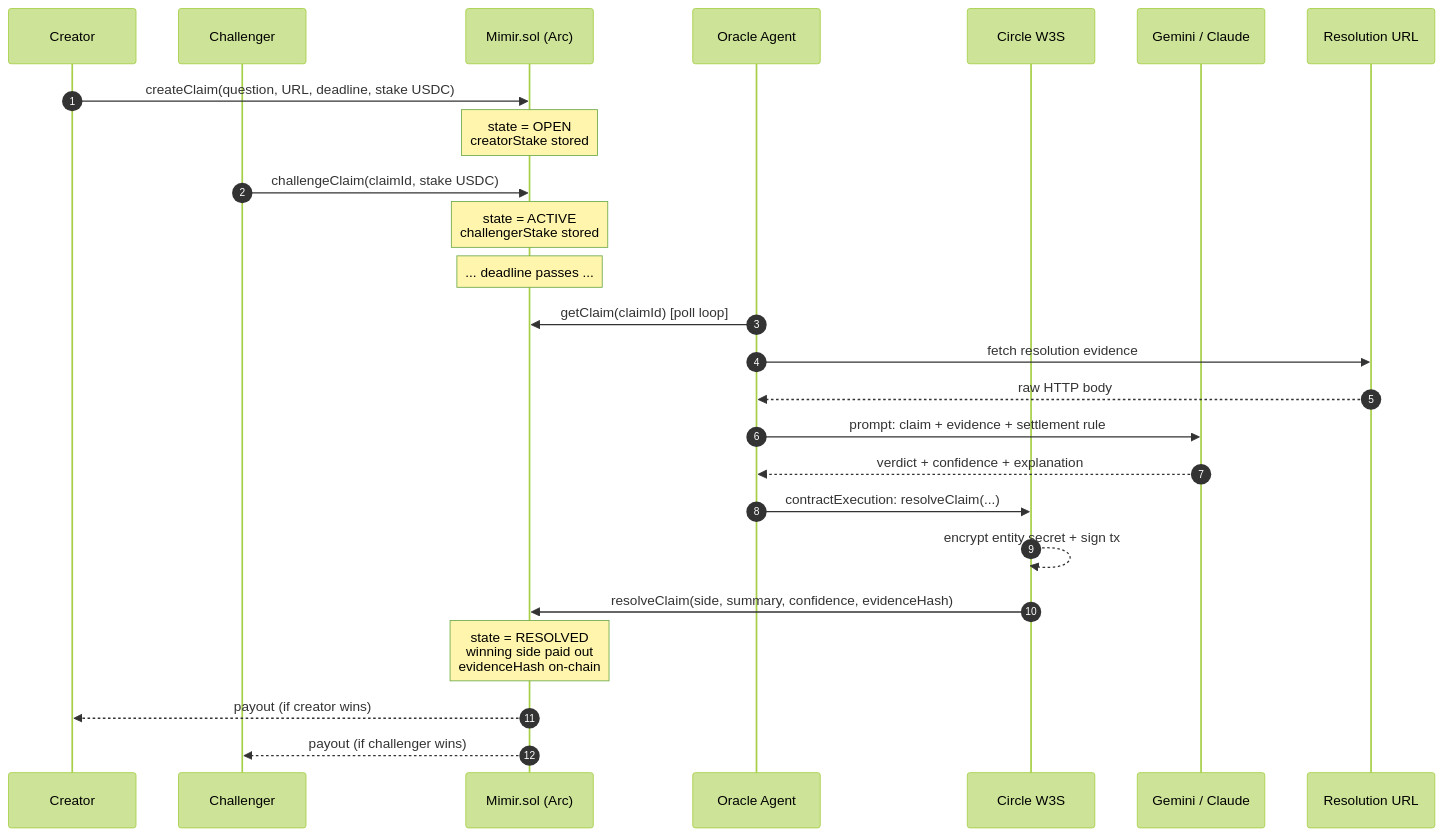
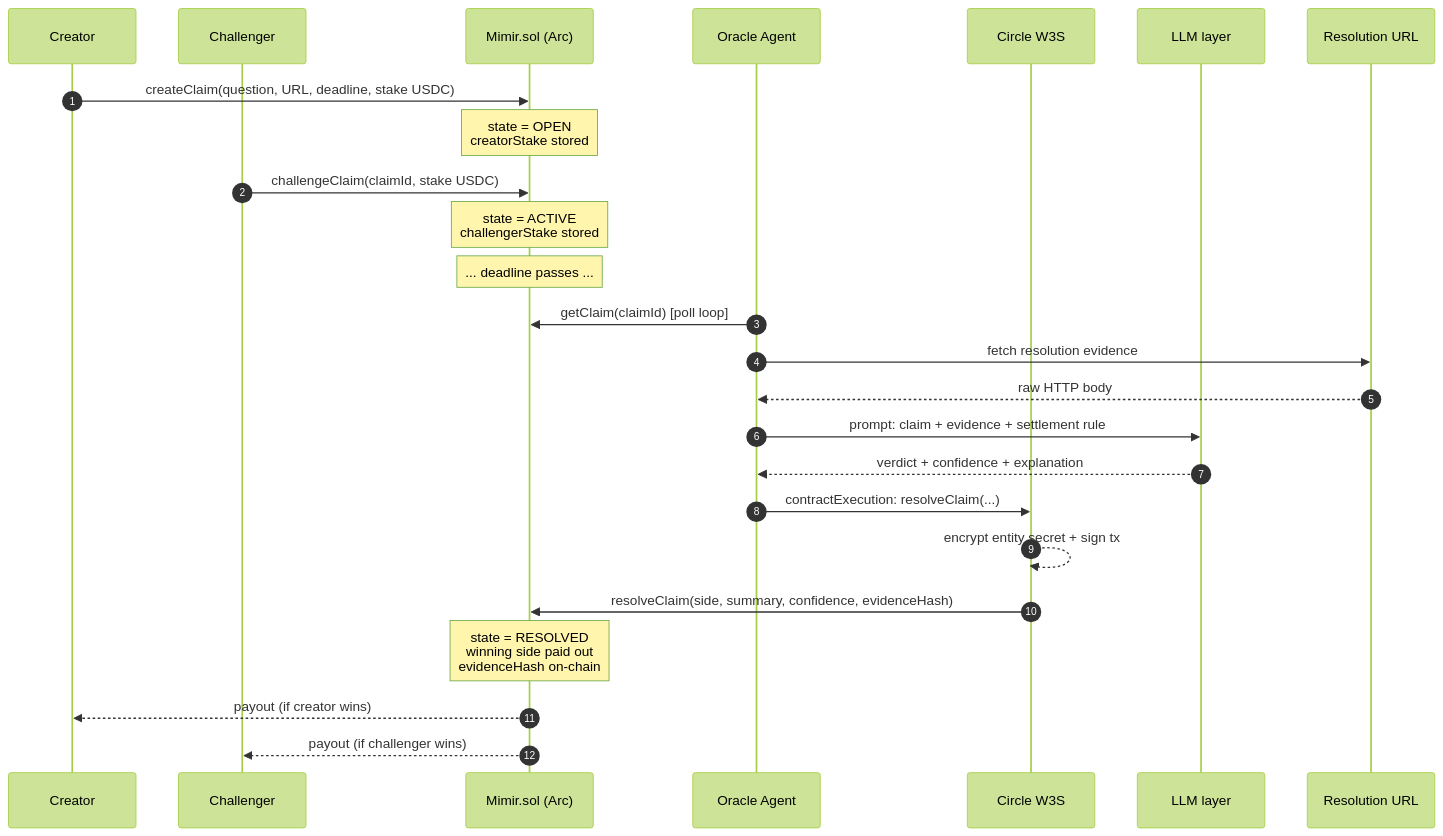
One commit to enliven17/mimir changed the fourth of 10 diagrams in README.md. Above: the diagram before and after it, drawn with Mermaid (forest theme). The commit also changed other lines of this file and 4 other files, not shown here.

````diff
--- a/README.md
+++ b/README.md
@@ -152,32 +197,32 @@
 ```mermaid
 sequenceDiagram
     autonumber
     participant Creator
     participant Challenger
     participant Contract as Mimir.sol (Arc)
     participant Oracle as Oracle Agent
     participant W3S as Circle W3S
-    participant LLM as Gemini / Claude
+    participant LLM as LLM layer
     participant Source as Resolution URL
 
     Creator->>Contract: createClaim(question, URL, deadline, stake USDC)
     Note over Contract: state = OPEN<br/>creatorStake stored
     Challenger->>Contract: challengeClaim(claimId, stake USDC)
     Note over Contract: state = ACTIVE<br/>challengerStake stored
 
     Note over Contract: ... deadline passes ...
 
     Oracle->>Contract: getClaim(claimId) [poll loop]
     Oracle->>Source: fetch resolution evidence
     Source-->>Oracle: raw HTTP body
     Oracle->>LLM: prompt: claim + evidence + settlement rule
     LLM-->>Oracle: verdict + confidence + explanation
 
     Oracle->>W3S: contractExecution: resolveClaim(...)
     W3S-->>W3S: encrypt entity secret + sign tx
     W3S->>Contract: resolveClaim(side, summary, confidence, evidenceHash)
 
     Note over Contract: state = RESOLVED<br/>winning side paid out<br/>evidenceHash on-chain
     Contract-->>Creator: payout (if creator wins)
     Contract-->>Challenger: payout (if challenger wins)
 ```
````
